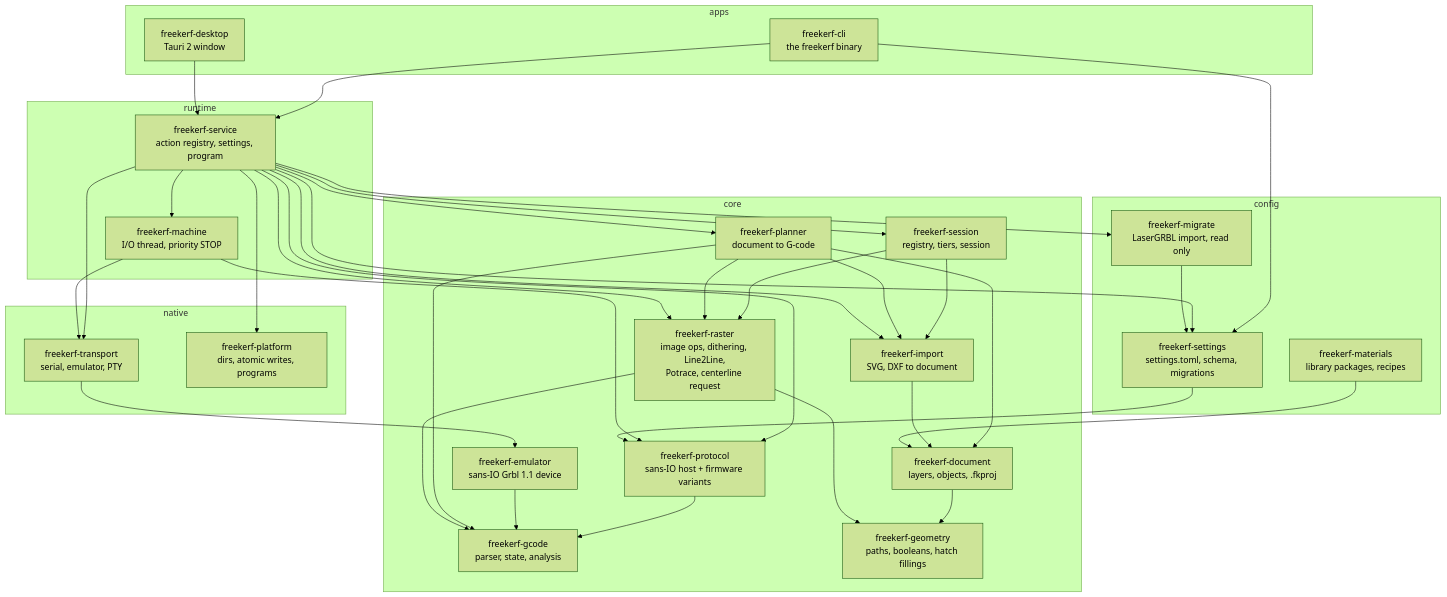
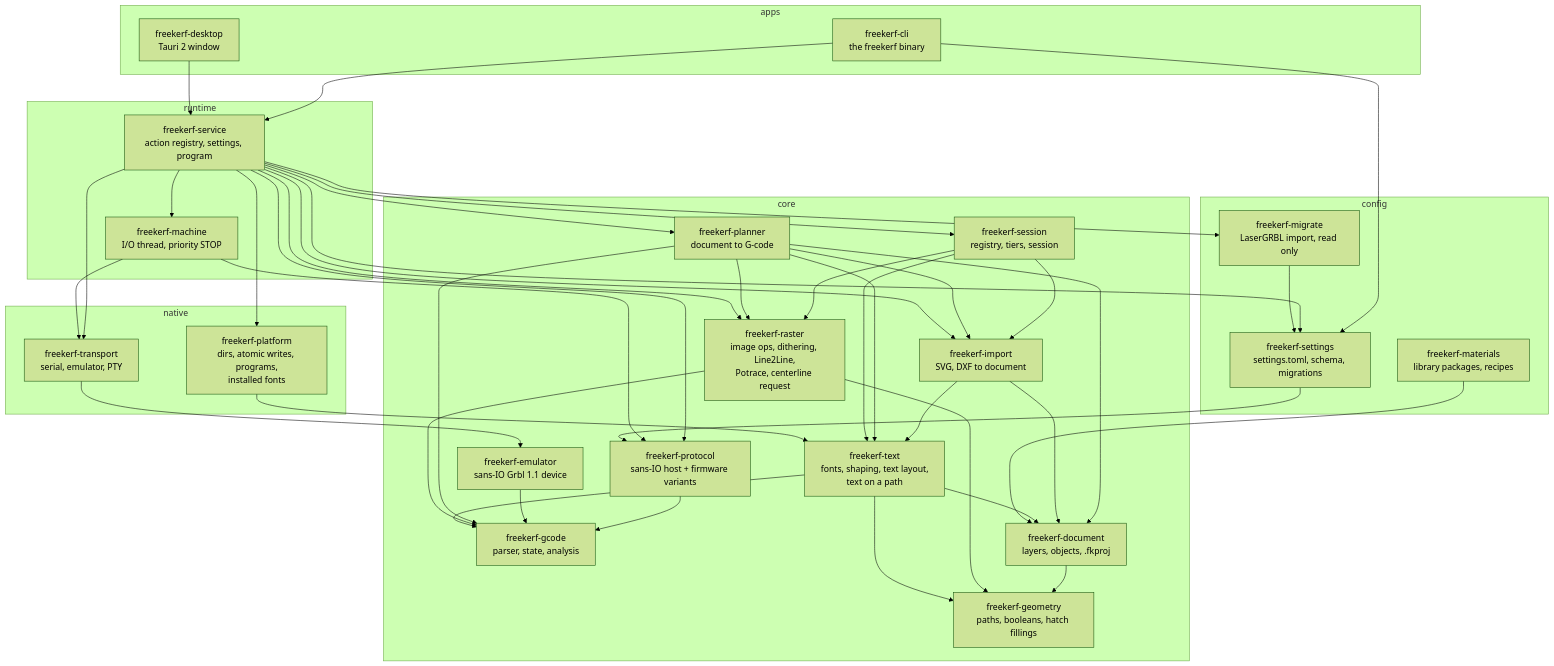
Before and after one commit to bochpsico-lang/freekerf: the first of 3 diagrams in doc/architecture.md, drawn with Mermaid (forest theme). The commit also changed other lines of this file and 78 other files, not shown here.

````diff
--- a/doc/architecture.md
+++ b/doc/architecture.md
@@ -10,62 +10,70 @@
 ```mermaid
 flowchart TB
   subgraph apps
     cli[freekerf-cli<br/>the freekerf binary]
     desktop[freekerf-desktop<br/>Tauri 2 window]
   end
   subgraph runtime
     service[freekerf-service<br/>action registry, settings, program]
     machine[freekerf-machine<br/>I/O thread, priority STOP]
   end
   subgraph native
     transport[freekerf-transport<br/>serial, emulator, PTY]
-    platform[freekerf-platform<br/>dirs, atomic writes, programs]
+    platform[freekerf-platform<br/>dirs, atomic writes, programs,<br/>installed fonts]
   end
   subgraph config
     settings[freekerf-settings<br/>settings.toml, schema, migrations]
     materials[freekerf-materials<br/>library packages, recipes]
     migrate[freekerf-migrate<br/>LaserGRBL import, read only]
   end
   subgraph core
     session[freekerf-session<br/>registry, tiers, session]
     protocol[freekerf-protocol<br/>sans-IO host + firmware variants]
     gcode[freekerf-gcode<br/>parser, state, analysis]
     emulator[freekerf-emulator<br/>sans-IO Grbl 1.1 device]
     geometry[freekerf-geometry<br/>paths, booleans, hatch fillings]
     document[freekerf-document<br/>layers, objects, .fkproj]
     planner[freekerf-planner<br/>document to G-code]
     import[freekerf-import<br/>SVG, DXF to document]
     raster[freekerf-raster<br/>image ops, dithering, Line2Line,<br/>Potrace, centerline request]
+    text[freekerf-text<br/>fonts, shaping, text layout,<br/>text on a path]
   end
   cli --> service
   cli --> settings
   desktop --> service
   service --> machine
   service --> transport
   service --> platform
   service --> settings
   service --> session
   session --> import
   session --> raster
   service --> protocol
   machine --> protocol
   machine --> transport
   transport --> emulator
   settings --> protocol
   protocol --> gcode
   emulator --> gcode
   document --> geometry
   planner --> document
   planner --> gcode
   planner --> raster
   planner --> import
   service --> planner
   service --> import
   import --> document
   raster --> gcode
   raster --> geometry
+  text --> document
+  text --> geometry
+  text --> gcode
+  import --> text
+  planner --> text
+  session --> text
+  platform --> text
   service --> raster
   service --> migrate
   migrate --> settings
   materials --> document
 ```
````
